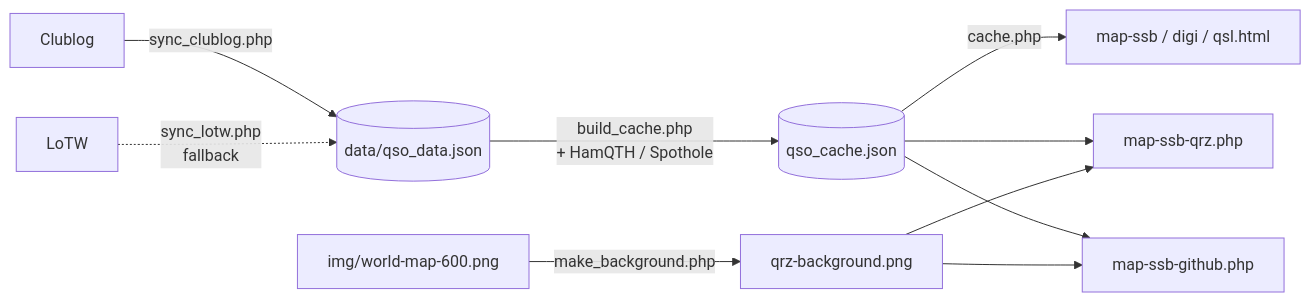
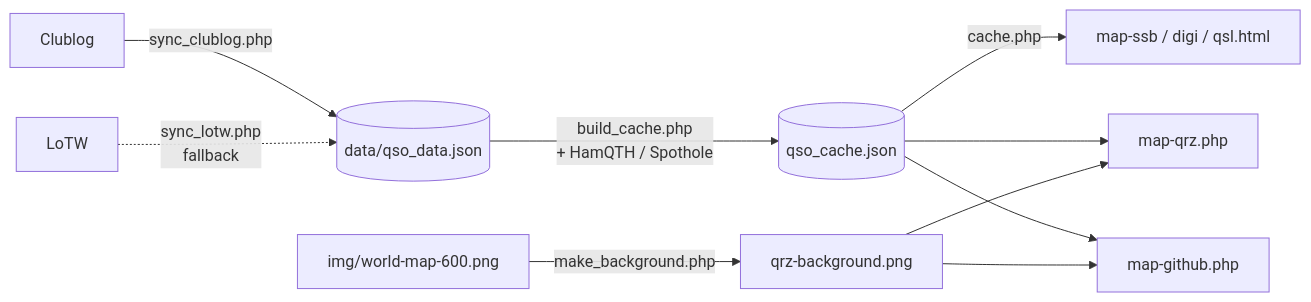
The diagram in README.md (tomduca/qsomap), drawn with Mermaid before and after one commit. The commit also changed other lines of this file and 18 other files, not shown here.

````diff
--- a/README.md
+++ b/README.md
@@ -26,12 +26,12 @@
 ```mermaid
 flowchart LR
     CL[Clublog] -->|sync_clublog.php| D[(data/qso_data.json)]
     LW[LoTW] -.->|sync_lotw.php<br/>fallback| D
     D -->|build_cache.php<br/>+ HamQTH / Spothole| C[(qso_cache.json)]
     C -->|cache.php| I[map-ssb / digi / qsl.html]
-    C --> Q[map-ssb-qrz.php]
-    C --> G[map-ssb-github.php]
+    C --> Q[map-qrz.php]
+    C --> G[map-github.php]
     B[img/world-map-600.png] -->|make_background.php| P[qrz-background.png]
     P --> Q
     P --> G
 ```
````
